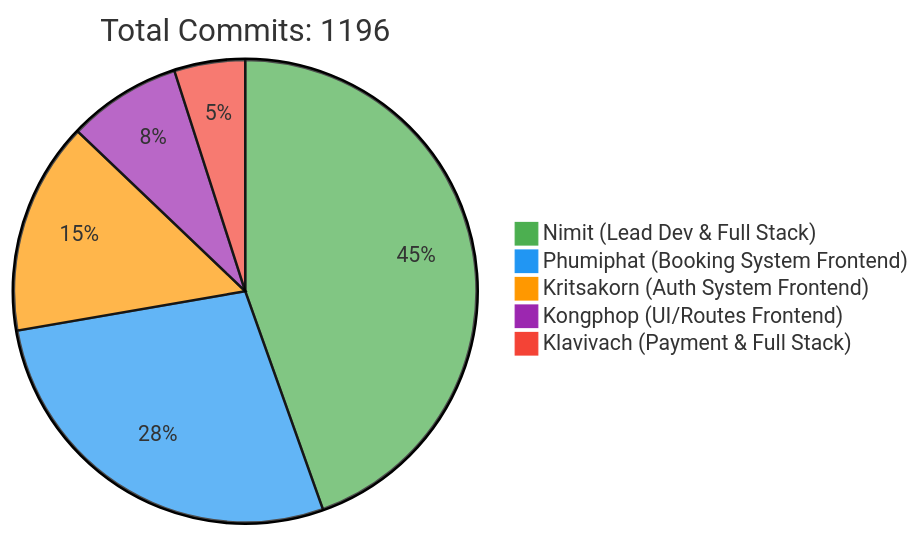
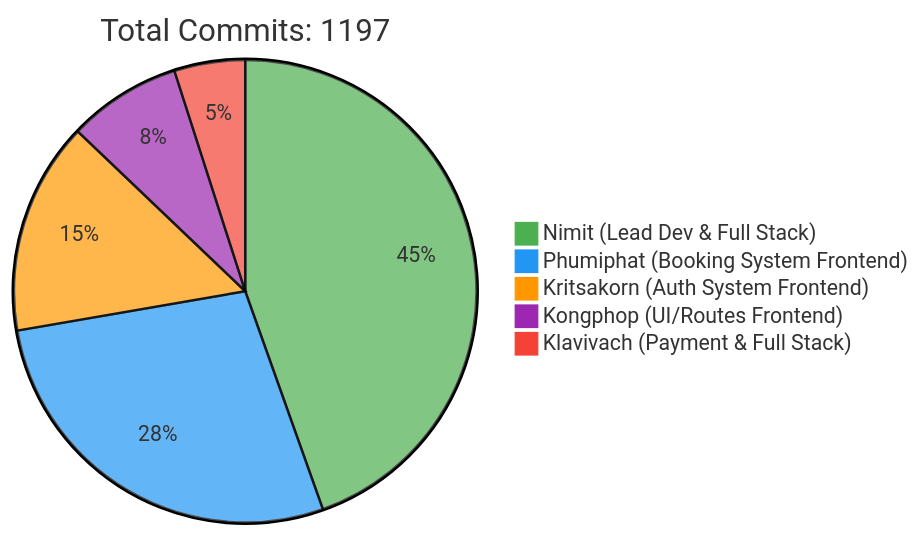
Before and after one commit to 6531503042/Sport-Complex: the first of 2 diagrams in README.md, drawn with Mermaid. The commit also changed other lines of this file, not shown here.

Commit message:
docs: Update contributor statistics [skip ci]

````diff
--- a/README.md
+++ b/README.md
@@ -257,10 +257,10 @@
 ```mermaid
 %%{init: {'theme': 'base', 'themeVariables': { 'pie1': '#4CAF50', 'pie2': '#2196F3', 'pie3': '#FF9800', 'pie4': '#9C27B0', 'pie5': '#F44336'}}}%%
 pie
-    title Total Commits: 1196
+    title Total Commits: 1197
     "Nimit (Lead Dev & Full Stack)" : 450
     "Phumiphat (Booking System Frontend)" : 280
     "Kritsakorn (Auth System Frontend)" : 150
     "Kongphop (UI/Routes Frontend)" : 80
     "Klavivach (Payment & Full Stack)" : 50
 ```
````
